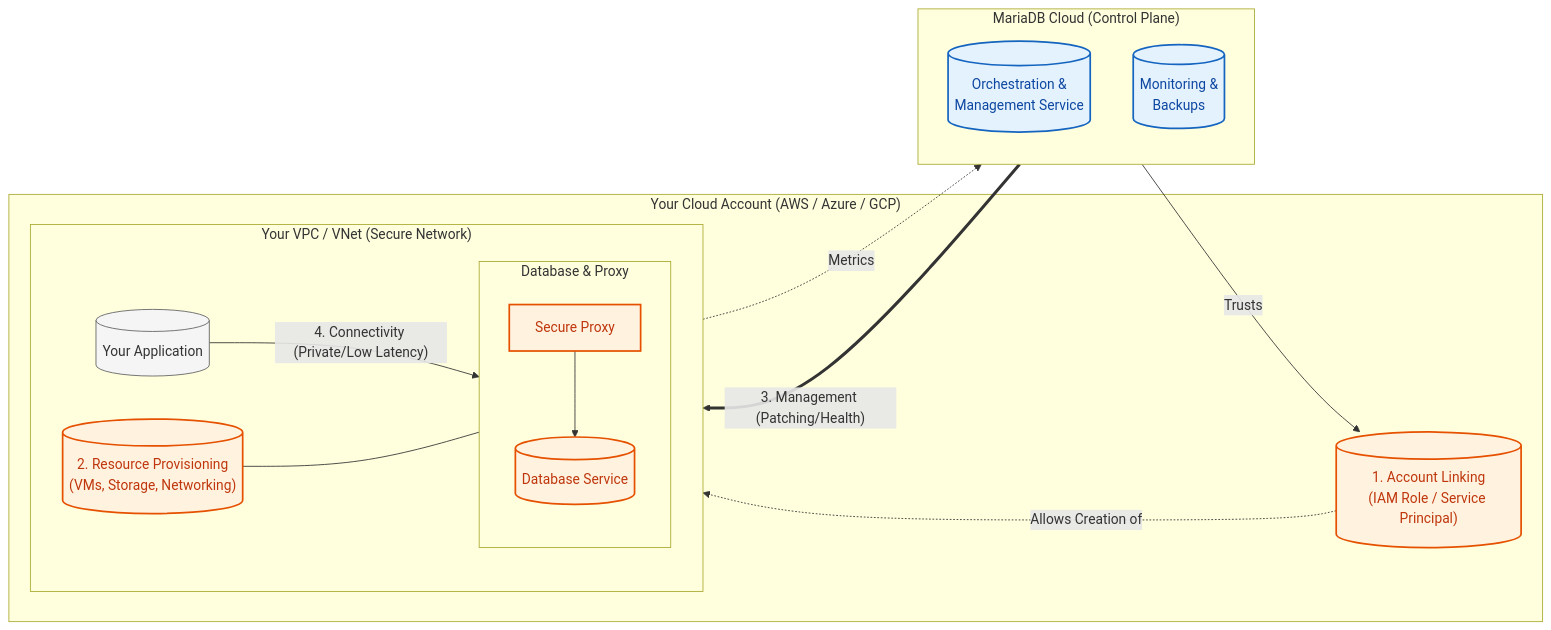
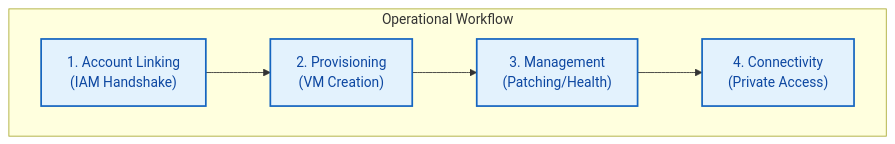
Before and after one commit to rusher/mariadb-docs: the first of 5 diagrams in mariadb-cloud/quickstart/bring-your-own-account-byoa.md, drawn with Mermaid. The commit also changed other lines of this file, not shown here.

````diff
--- a/mariadb-cloud/quickstart/bring-your-own-account-byoa.md
+++ b/mariadb-cloud/quickstart/bring-your-own-account-byoa.md
@@ -15,46 +15,18 @@
 ```mermaid
 flowchart LR
-    %% Styles
-    classDef maria fill:#e3f2fd,stroke:#1565c0,stroke-width:2px,color:#0d47a1
-    classDef cust fill:#fff3e0,stroke:#e65100,stroke-width:2px,color:#bf360c
-    classDef network fill:#ffffff,stroke:#e65100,stroke-width:2px,stroke-dasharray: 5 5
-    classDef app fill:#f5f5f5,stroke:#616161,stroke-width:1px
+    %% Simplified diagram focusing on the 4 steps
+    classDef step fill:#e3f2fd,stroke:#1565c0,stroke-width:2px,color:#0d47a1
+    classDef resource fill:#fff3e0,stroke:#e65100,stroke-width:2px,color:#bf360c
 
-    %% MariaDB Side (Left)
-    subgraph MariaDB ["MariaDB Cloud (Control Plane)"]
-        direction TB
-        Orch[("Orchestration &<br/>Management Service")]:::maria
-        Monitor[("Monitoring &<br/>Backups")]:::maria
+    subgraph Steps ["Operational Workflow"]
+        direction LR
+        S1["1. Account Linking<br/>(IAM Handshake)"]:::step
+        S2["2. Provisioning<br/>(VM Creation)"]:::step
+        S3["3. Management<br/>(Patching/Health)"]:::step
+        S4["4. Connectivity<br/>(Private Access)"]:::step
     end
-
-    %% Customer Side (Right)
-    subgraph Customer ["Your Cloud Account (AWS / Azure / GCP)"]
-        IAM[("1. Account Linking<br/>(IAM Role / Service Principal)")]:::cust
-        
-        subgraph VPC ["Your VPC / VNet (Secure Network)"]
-            direction LR
-            Resources[("2. Resource Provisioning<br/>(VMs, Storage, Networking)")]:::cust
-            
-            subgraph DB_Stack ["Database & Proxy"]
-                direction TB
-                Bastion["Secure Proxy"]:::cust
-                DB[("Database Service")]:::cust
-            end
-            
-            App[("Your Application")]:::app
-        end
-    end
-
-    %% Flows
-    Orch -- "Trusts" --> IAM
-    IAM -.->|Allows Creation of| Resources
-    Resources --- DB_Stack
-
-    %% Management Flow
-    Orch == "3. Management (Patching/Health)" ==> Bastion
-    Bastion --> DB
-    DB -.->|Metrics| Monitor
-
-    %% Connectivity Flow
-    App -- "4. Connectivity (Private/Low Latency)" --> DB
+    
+    S1 --> S2
+    S2 --> S3
+    S3 --> S4
 ```
````
